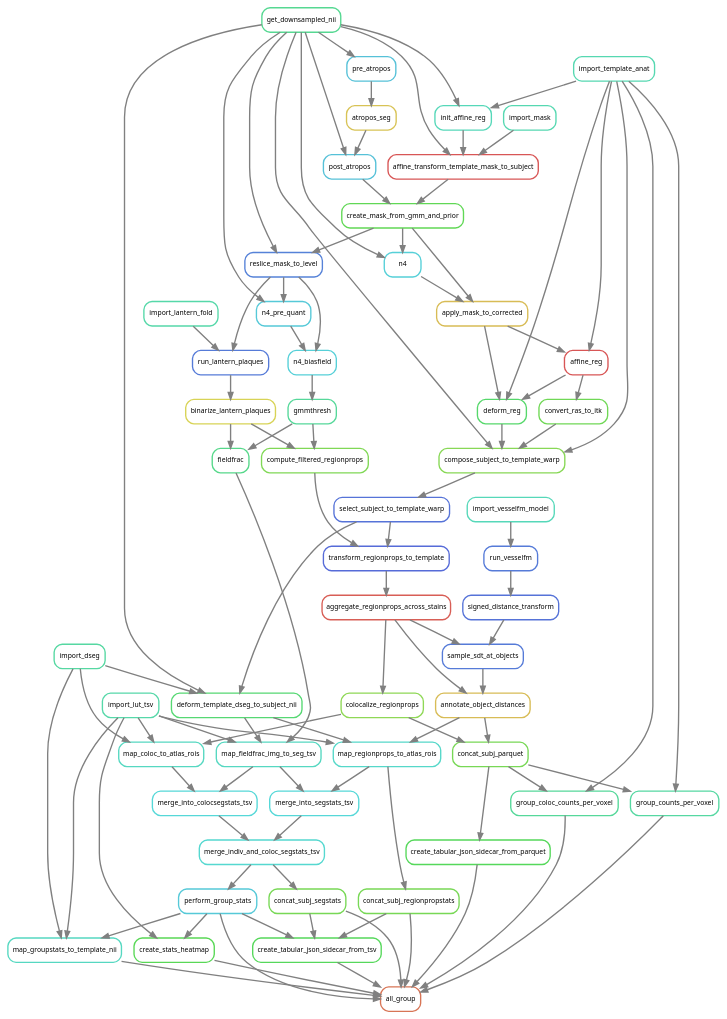
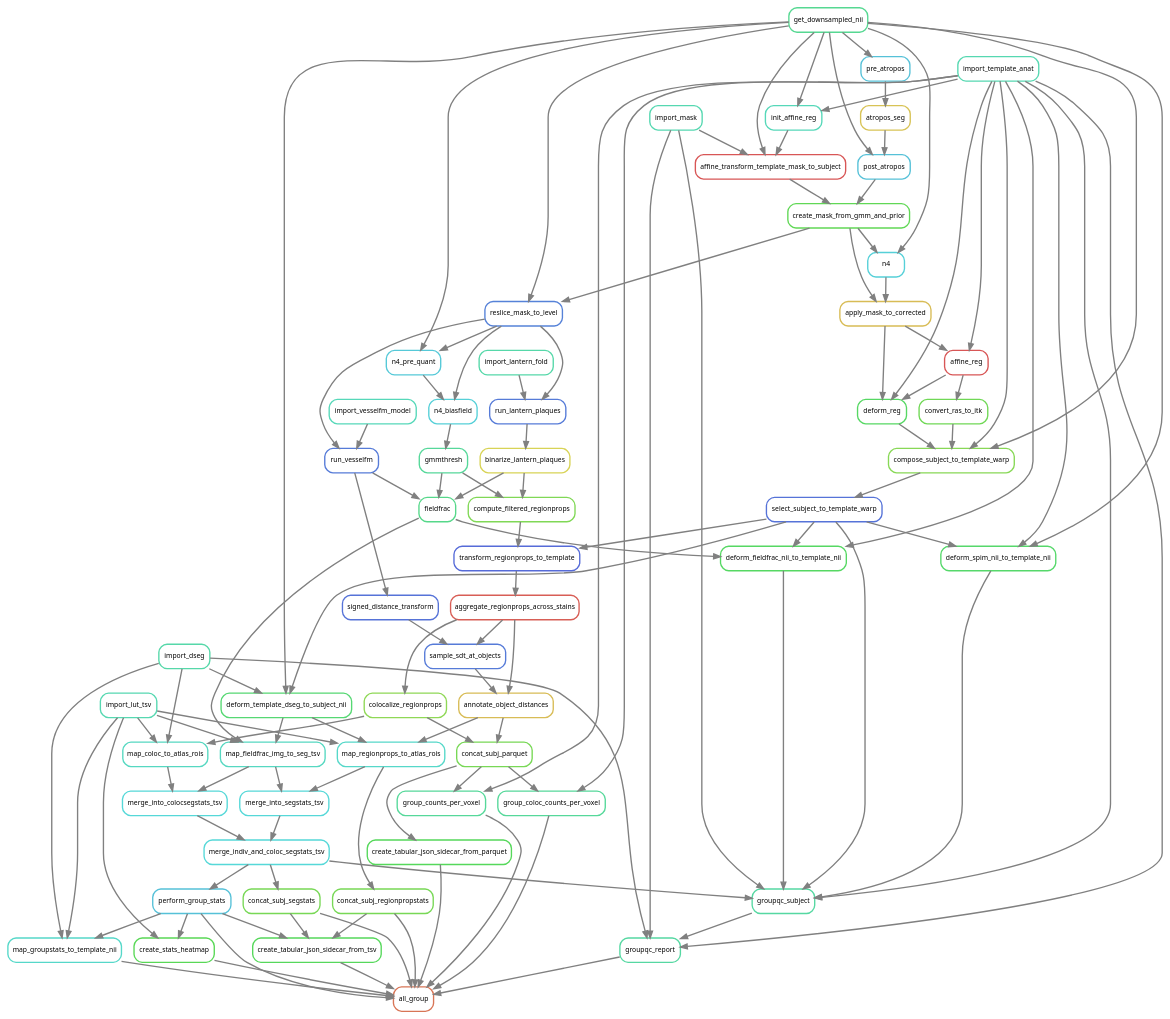
Before and after one commit to khanlab/SPIMquant: the diagram in docs/generated/rulegraph_group.dot, drawn with Graphviz. The commit also changed 8 other files, not shown here.

First line of the commit message:
Docs on top of #255/#256: group QC outputs, regenerated graphs

```diff
--- a/docs/generated/rulegraph_group.dot
+++ b/docs/generated/rulegraph_group.dot
@@ -1,153 +1,176 @@
 digraph snakemake_dag {
     graph[bgcolor=white, margin=0];
     node[shape=box, style=rounded, fontname=sans,                 fontsize=10, penwidth=2];
     edge[penwidth=2, color=grey];
 	0[label = "all_group", color = "0.04 0.6 0.85", style="rounded"];
 	10[label = "run_lantern_plaques", color = "0.62 0.6 0.85", style="rounded"];
 	11[label = "import_lantern_fold", color = "0.44 0.6 0.85", style="rounded"];
 	12[label = "reslice_mask_to_level", color = "0.61 0.6 0.85", style="rounded"];
 	13[label = "get_downsampled_nii", color = "0.41 0.6 0.85", style="rounded"];
 	14[label = "create_mask_from_gmm_and_prior", color = "0.32 0.6 0.85", style="rounded"];
 	15[label = "post_atropos", color = "0.53 0.6 0.85", style="rounded"];
 	16[label = "atropos_seg", color = "0.14 0.6 0.85", style="rounded"];
 	17[label = "pre_atropos", color = "0.53 0.6 0.85", style="rounded"];
 	18[label = "affine_transform_template_mask_to_subject", color = "0.00 0.6 0.85", style="rounded"];
 	19[label = "import_mask", color = "0.45 0.6 0.85", style="rounded"];
 	1[label = "concat_subj_segstats", color = "0.29 0.6 0.85", style="rounded"];
 	20[label = "init_affine_reg", color = "0.46 0.6 0.85", style="rounded"];
 	21[label = "import_template_anat", color = "0.45 0.6 0.85", style="rounded"];
 	22[label = "select_subject_to_template_warp", color = "0.63 0.6 0.85", style="rounded"];
 	23[label = "compose_subject_to_template_warp", color = "0.27 0.6 0.85", style="rounded"];
 	24[label = "convert_ras_to_itk", color = "0.30 0.6 0.85", style="rounded"];
 	25[label = "affine_reg", color = "0.00 0.6 0.85", style="rounded"];
 	26[label = "apply_mask_to_corrected", color = "0.13 0.6 0.85", style="rounded"];
 	27[label = "n4", color = "0.51 0.6 0.85", style="rounded"];
-	28[label = "deform_reg", color = "0.36 0.6 0.85", style="rounded"];
+	28[label = "deform_reg", color = "0.35 0.6 0.85", style="rounded"];
 	29[label = "gmmthresh", color = "0.42 0.6 0.85", style="rounded"];
-	2[label = "merge_indiv_and_coloc_segstats_tsv", color = "0.49 0.6 0.85", style="rounded"];
+	2[label = "merge_indiv_and_coloc_segstats_tsv", color = "0.50 0.6 0.85", style="rounded"];
 	30[label = "n4_biasfield", color = "0.51 0.6 0.85", style="rounded"];
 	31[label = "n4_pre_quant", color = "0.52 0.6 0.85", style="rounded"];
-	32[label = "import_dseg", color = "0.43 0.6 0.85", style="rounded"];
-	33[label = "import_lut_tsv", color = "0.44 0.6 0.85", style="rounded"];
+	32[label = "import_dseg", color = "0.44 0.6 0.85", style="rounded"];
+	33[label = "import_lut_tsv", color = "0.45 0.6 0.85", style="rounded"];
 	34[label = "map_fieldfrac_img_to_seg_tsv", color = "0.47 0.6 0.85", style="rounded"];
 	35[label = "fieldfrac", color = "0.40 0.6 0.85", style="rounded"];
 	36[label = "deform_template_dseg_to_subject_nii", color = "0.37 0.6 0.85", style="rounded"];
 	37[label = "merge_into_segstats_tsv", color = "0.50 0.6 0.85", style="rounded"];
 	38[label = "map_regionprops_to_atlas_rois", color = "0.48 0.6 0.85", style="rounded"];
 	39[label = "annotate_object_distances", color = "0.13 0.6 0.85", style="rounded"];
 	3[label = "merge_into_colocsegstats_tsv", color = "0.50 0.6 0.85", style="rounded"];
 	40[label = "sample_sdt_at_objects", color = "0.62 0.6 0.85", style="rounded"];
 	41[label = "signed_distance_transform", color = "0.63 0.6 0.85", style="rounded"];
 	42[label = "run_vesselfm", color = "0.62 0.6 0.85", style="rounded"];
 	43[label = "import_vesselfm_model", color = "0.46 0.6 0.85", style="rounded"];
 	44[label = "create_tabular_json_sidecar_from_tsv", color = "0.34 0.6 0.85", style="rounded"];
 	45[label = "concat_subj_regionpropstats", color = "0.29 0.6 0.85", style="rounded"];
 	46[label = "create_stats_heatmap", color = "0.33 0.6 0.85", style="rounded"];
-	47[label = "perform_group_stats", color = "0.52 0.6 0.85", style="rounded"];
-	48[label = "map_groupstats_to_template_nii", color = "0.47 0.6 0.85", style="rounded"];
-	49[label = "group_counts_per_voxel", color = "0.43 0.6 0.85", style="rounded"];
+	47[label = "perform_group_stats", color = "0.53 0.6 0.85", style="rounded"];
+	48[label = "map_groupstats_to_template_nii", color = "0.48 0.6 0.85", style="rounded"];
+	49[label = "group_counts_per_voxel", color = "0.42 0.6 0.85", style="rounded"];
 	4[label = "map_coloc_to_atlas_rois", color = "0.47 0.6 0.85", style="rounded"];
 	50[label = "concat_subj_parquet", color = "0.29 0.6 0.85", style="rounded"];
 	51[label = "group_coloc_counts_per_voxel", color = "0.42 0.6 0.85", style="rounded"];
 	52[label = "create_tabular_json_sidecar_from_parquet", color = "0.34 0.6 0.85", style="rounded"];
+	53[label = "groupqc_report", color = "0.43 0.6 0.85", style="rounded"];
+	54[label = "groupqc_subject", color = "0.43 0.6 0.85", style="rounded"];
+	55[label = "deform_spim_nii_to_template_nii", color = "0.36 0.6 0.85", style="rounded"];
+	56[label = "deform_fieldfrac_nii_to_template_nii", color = "0.35 0.6 0.85", style="rounded"];
 	5[label = "colocalize_regionprops", color = "0.26 0.6 0.85", style="rounded"];
 	6[label = "aggregate_regionprops_across_stains", color = "0.01 0.6 0.85", style="rounded"];
 	7[label = "transform_regionprops_to_template", color = "0.64 0.6 0.85", style="rounded"];
 	8[label = "compute_filtered_regionprops", color = "0.28 0.6 0.85", style="rounded"];
 	9[label = "binarize_lantern_plaques", color = "0.16 0.6 0.85", style="rounded"];
 	1 -> 0
 	1 -> 44
 	10 -> 9
 	11 -> 10
 	12 -> 10
 	12 -> 30
 	12 -> 31
+	12 -> 42
 	13 -> 12
 	13 -> 15
 	13 -> 17
 	13 -> 18
 	13 -> 20
 	13 -> 23
 	13 -> 27
 	13 -> 31
 	13 -> 36
+	13 -> 55
 	14 -> 12
 	14 -> 26
 	14 -> 27
 	15 -> 14
 	16 -> 15
 	17 -> 16
 	18 -> 14
 	19 -> 18
+	19 -> 53
+	19 -> 54
 	2 -> 1
 	2 -> 47
+	2 -> 54
 	20 -> 18
 	21 -> 20
 	21 -> 23
 	21 -> 25
 	21 -> 28
 	21 -> 49
 	21 -> 51
+	21 -> 53
+	21 -> 54
+	21 -> 55
+	21 -> 56
 	22 -> 36
+	22 -> 54
+	22 -> 55
+	22 -> 56
 	22 -> 7
 	23 -> 22
 	24 -> 23
 	25 -> 24
 	25 -> 28
 	26 -> 25
 	26 -> 28
 	27 -> 26
 	28 -> 23
 	29 -> 35
 	29 -> 8
 	3 -> 2
 	30 -> 29
 	31 -> 30
 	32 -> 36
 	32 -> 4
 	32 -> 48
+	32 -> 53
 	33 -> 34
 	33 -> 38
 	33 -> 4
 	33 -> 46
 	33 -> 48
 	34 -> 3
 	34 -> 37
 	35 -> 34
+	35 -> 56
 	36 -> 34
 	36 -> 38
 	37 -> 2
 	38 -> 37
 	38 -> 45
 	39 -> 38
 	39 -> 50
 	4 -> 3
 	40 -> 39
 	41 -> 40
+	42 -> 35
 	42 -> 41
 	43 -> 42
 	44 -> 0
 	45 -> 0
 	45 -> 44
 	46 -> 0
 	47 -> 0
 	47 -> 44
 	47 -> 46
 	47 -> 48
 	48 -> 0
 	49 -> 0
 	5 -> 4
 	5 -> 50
 	50 -> 49
 	50 -> 51
 	50 -> 52
 	51 -> 0
 	52 -> 0
+	53 -> 0
+	54 -> 53
+	55 -> 54
+	56 -> 54
 	6 -> 39
 	6 -> 40
 	6 -> 5
 	7 -> 6
 	8 -> 7
 	9 -> 35
 	9 -> 8
 }
```
